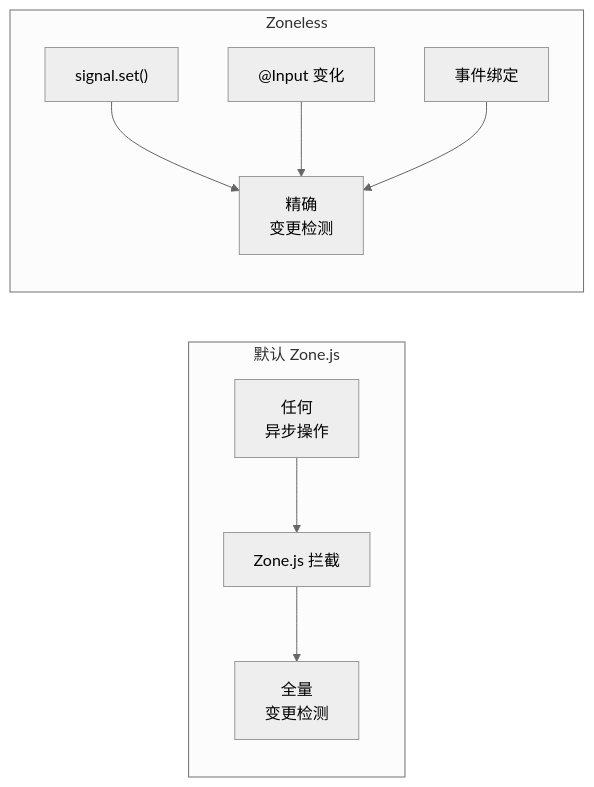
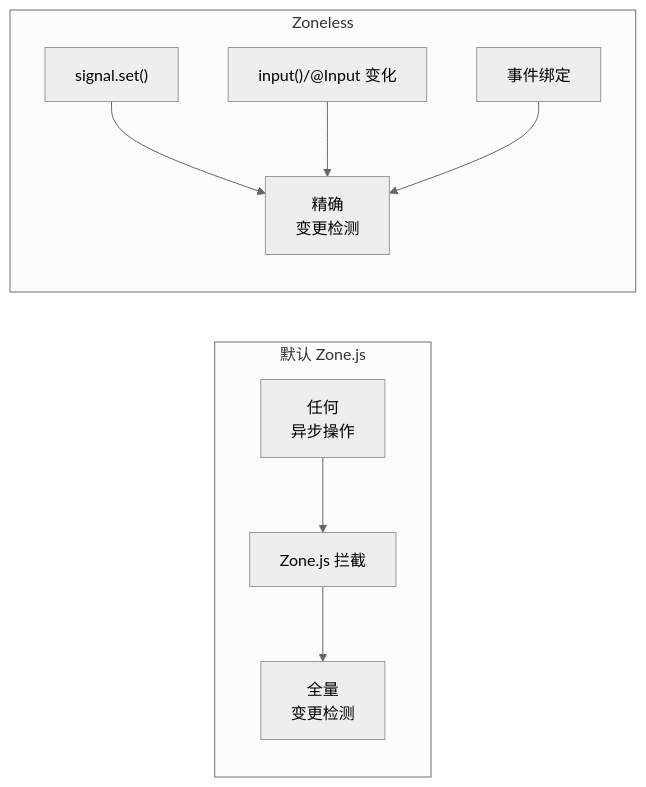
One commit to KMaybe01/common changed diagram 13 of 17 in S2-框架深入/05-Angular20学习指南.md. Above: the diagram before and after it, drawn with Mermaid (neutral theme). The commit also changed other lines of this file, not shown here.

````diff
--- a/S2-框架深入/05-Angular20学习指南.md
+++ b/S2-框架深入/05-Angular20学习指南.md
@@ -1893,13 +1898,13 @@
 ```mermaid
 graph LR
     subgraph 默认 Zone.js
         A["任何<br/>异步操作"] --> B["Zone.js 拦截"]
         B --> C["全量<br/>变更检测"]
     end
 
     subgraph Zoneless
         D["signal.set()"] --> E["精确<br/>变更检测"]
-        F["@Input 变化"] --> E
+        F["input()/@Input 变化"] --> E
         G["事件绑定"] --> E
     end
 ```
````
